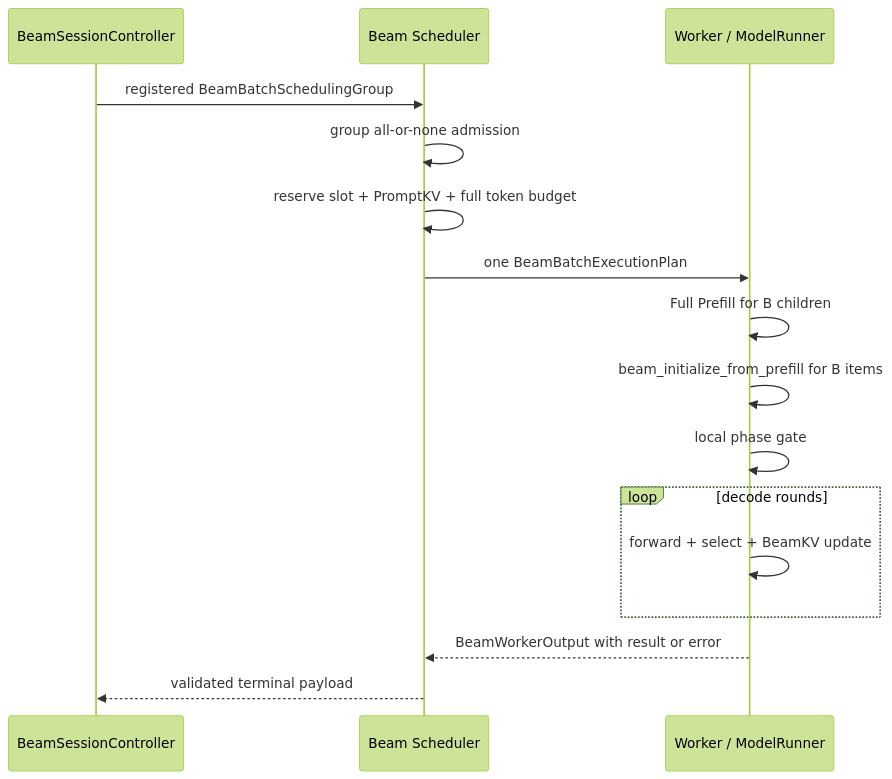
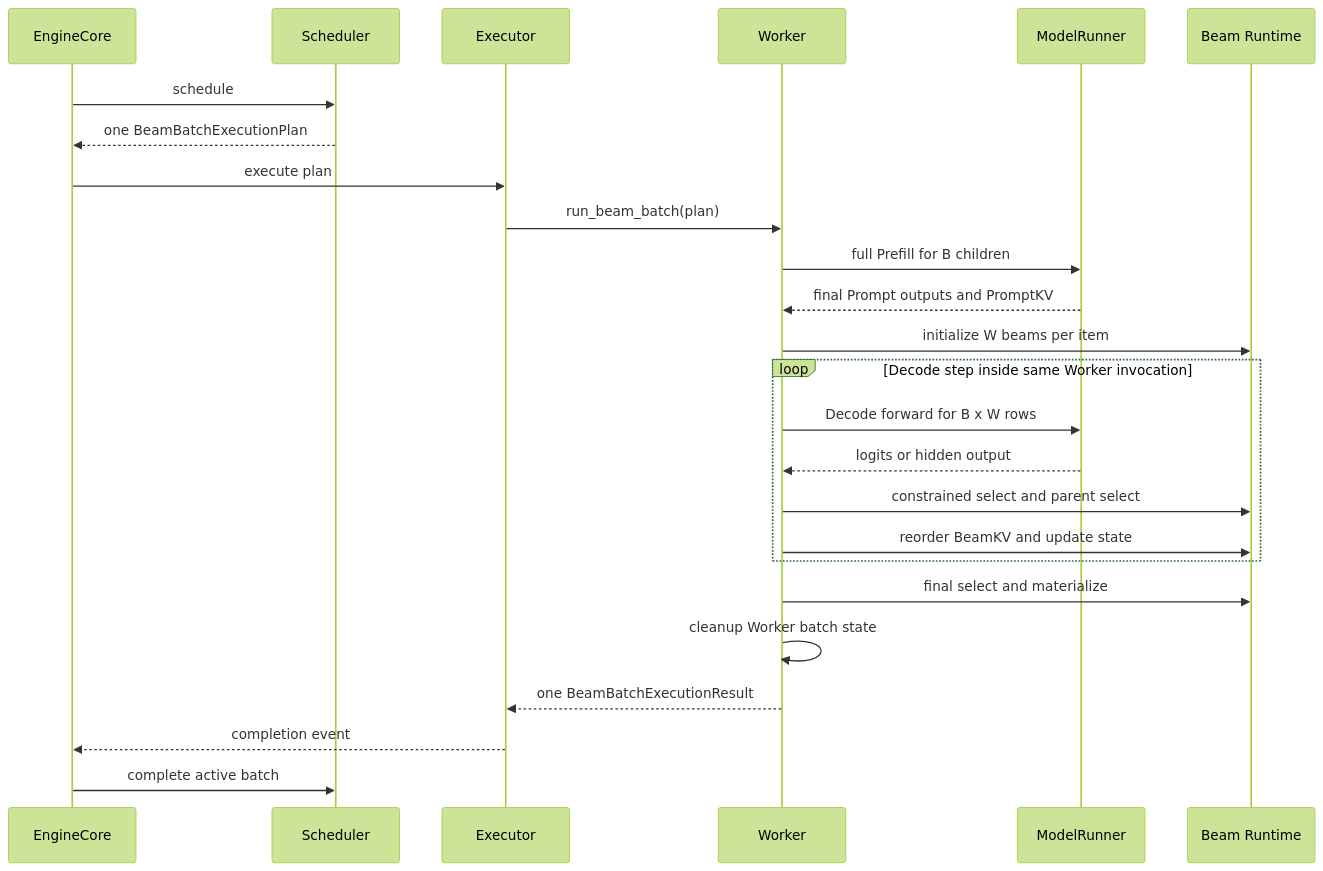
One commit to zhanghanleo10/gr-related changed the fifth of 9 diagrams in vllm-GR/enginecore_to_scheduler_beam_scheduling_design.md. Above: the diagram before and after it, drawn with Mermaid (forest theme). The commit also changed other lines of this file, not shown here.

Commit message:
docs: simplify Beam Batch scheduling

````diff
--- a/vllm-GR/enginecore_to_scheduler_beam_scheduling_design.md
+++ b/vllm-GR/enginecore_to_scheduler_beam_scheduling_design.md
@@ -674,19 +939,32 @@
 ```mermaid
 sequenceDiagram
-    participant C as BeamSessionController
-    participant S as Beam Scheduler
-    participant W as Worker / ModelRunner
+    participant E as EngineCore
+    participant S as Scheduler
+    participant X as Executor
+    participant W as Worker
+    participant M as ModelRunner
+    participant B as Beam Runtime
 
-    C->>S: registered BeamBatchSchedulingGroup
-    S->>S: group all-or-none admission
-    S->>S: reserve slot + PromptKV + full token budget
-    S->>W: one BeamBatchExecutionPlan
-    W->>W: Full Prefill for B children
-    W->>W: beam_initialize_from_prefill for B items
-    W->>W: local phase gate
-    loop decode rounds
-        W->>W: forward + select + BeamKV update
+    E->>S: schedule
+    S-->>E: one BeamBatchExecutionPlan
+    E->>X: execute plan
+    X->>W: run_beam_batch(plan)
+
+    W->>M: full Prefill for B children
+    M-->>W: final Prompt outputs and PromptKV
+
+    W->>B: initialize W beams per item
+
+    loop Decode step inside same Worker invocation
+        W->>M: Decode forward for B x W rows
+        M-->>W: logits or hidden output
+        W->>B: constrained select and parent select
+        W->>B: reorder BeamKV and update state
     end
-    W-->>S: BeamWorkerOutput with result or error
-    S-->>C: validated terminal payload
+
+    W->>B: final select and materialize
+    W->>W: cleanup Worker batch state
+    W-->>X: one BeamBatchExecutionResult
+    X-->>E: completion event
+    E->>S: complete active batch
 ```
````
